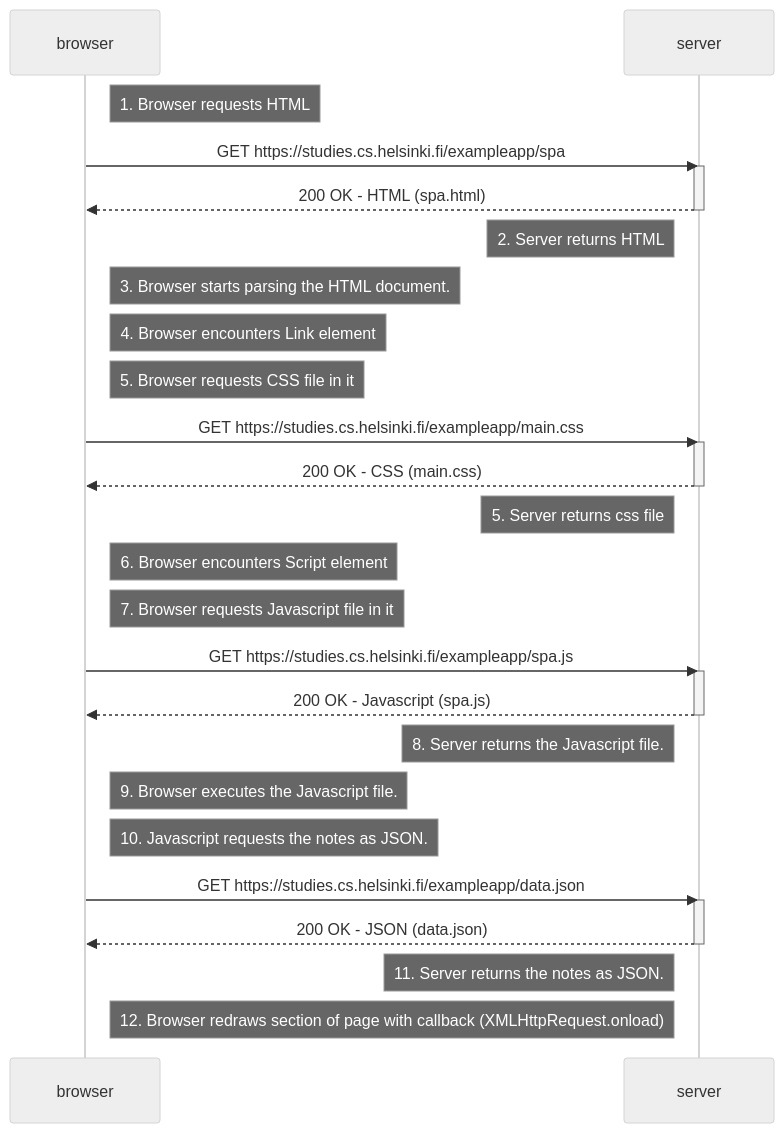
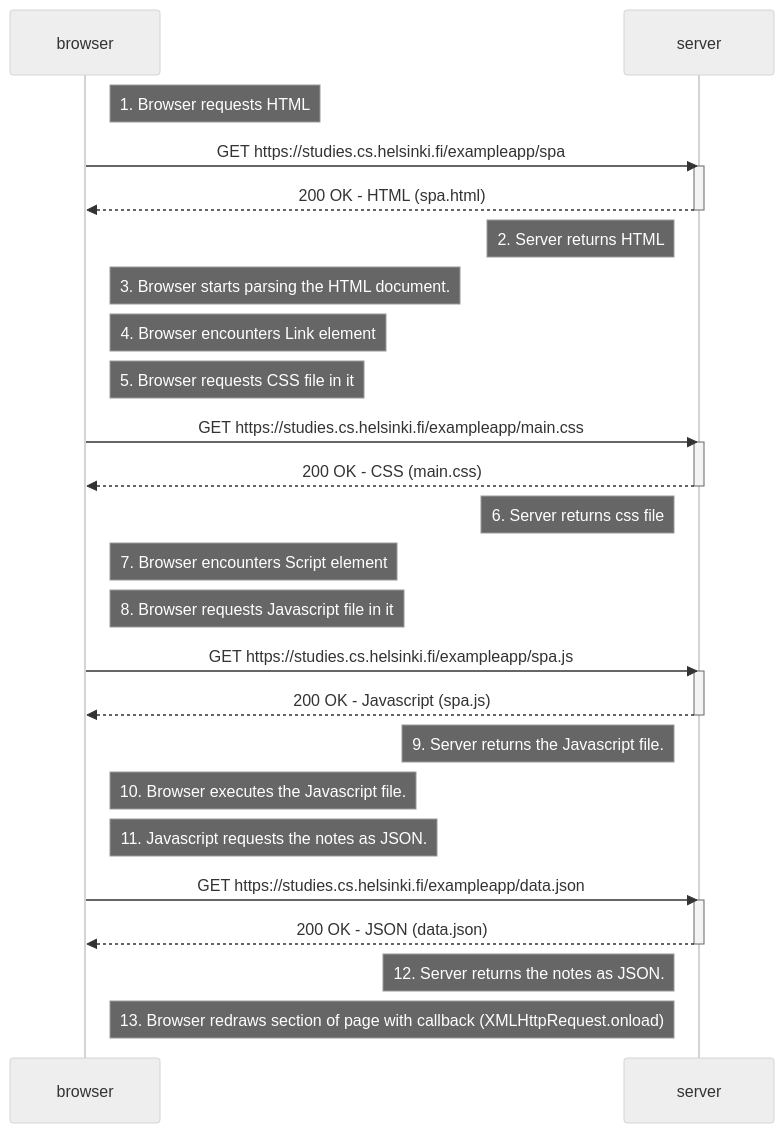
One commit to DrFinger2/fullstackopen-2026 changed the diagram in osa0/0.5.md. Above: the diagram before and after it, drawn with Mermaid (neutral theme).

````diff
--- a/osa0/0.5.md
+++ b/osa0/0.5.md
@@ -1,36 +1,36 @@
 ```mermaid
 sequenceDiagram
     participant browser
     participant server
 
     Note right of browser: 1. Browser requests HTML
     browser->>server: GET https://studies.cs.helsinki.fi/exampleapp/spa
     activate server
     server-->>browser: 200 OK - HTML (spa.html)
     deactivate server
     Note left of server: 2. Server returns HTML
     Note right of browser: 3. Browser starts parsing the HTML document.
     Note right of browser: 4. Browser encounters Link element
     Note right of browser: 5. Browser requests CSS file in it
     browser->>server: GET https://studies.cs.helsinki.fi/exampleapp/main.css
     activate server
     server-->>browser: 200 OK - CSS (main.css)
     deactivate server
-    Note left of server: 5. Server returns css file
-    Note right of browser: 6. Browser encounters Script element
-    Note right of browser: 7. Browser requests Javascript file in it
+    Note left of server: 6. Server returns css file
+    Note right of browser: 7. Browser encounters Script element
+    Note right of browser: 8. Browser requests Javascript file in it
     browser->>server: GET https://studies.cs.helsinki.fi/exampleapp/spa.js
     activate server
     server-->>browser: 200 OK - Javascript (spa.js)
     deactivate server
-    Note left of server: 8. Server returns the Javascript file.
-    Note right of browser: 9. Browser executes the Javascript file.
-    Note right of browser: 10. Javascript requests the notes as JSON.
+    Note left of server: 9. Server returns the Javascript file.
+    Note right of browser: 10. Browser executes the Javascript file.
+    Note right of browser: 11. Javascript requests the notes as JSON.
     browser->>server: GET https://studies.cs.helsinki.fi/exampleapp/data.json
     activate server
     server-->>browser: 200 OK - JSON (data.json)
     deactivate server
-    Note left of server: 11. Server returns the notes as JSON.
+    Note left of server: 12. Server returns the notes as JSON.
 
-    Note right of browser: 12. Browser redraws section of page with callback (XMLHttpRequest.onload)
+    Note right of browser: 13. Browser redraws section of page with callback (XMLHttpRequest.onload)
 ```
````
